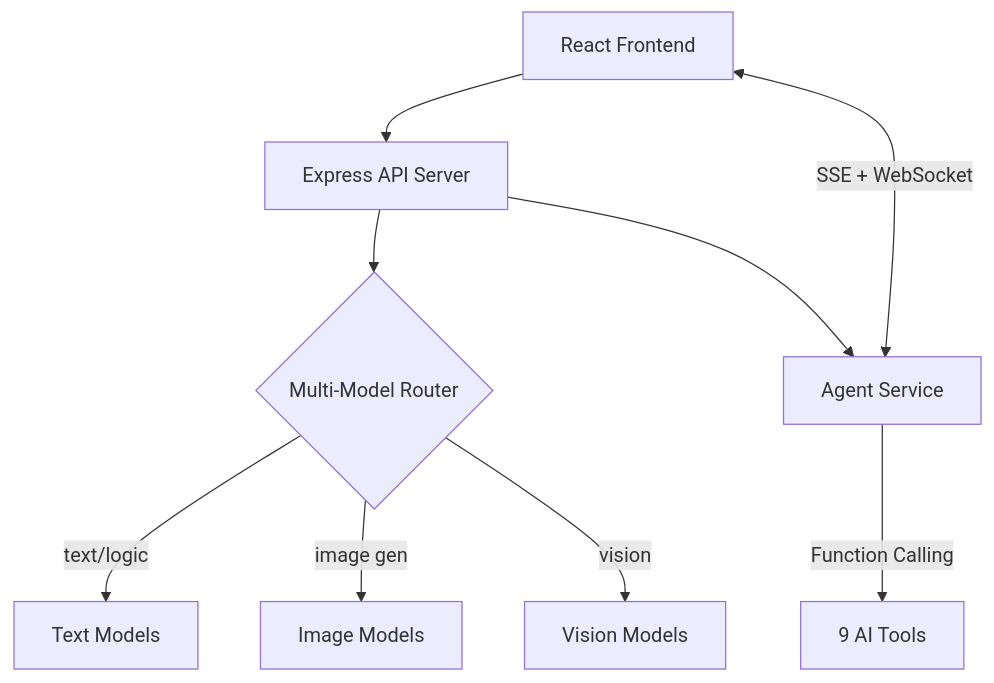
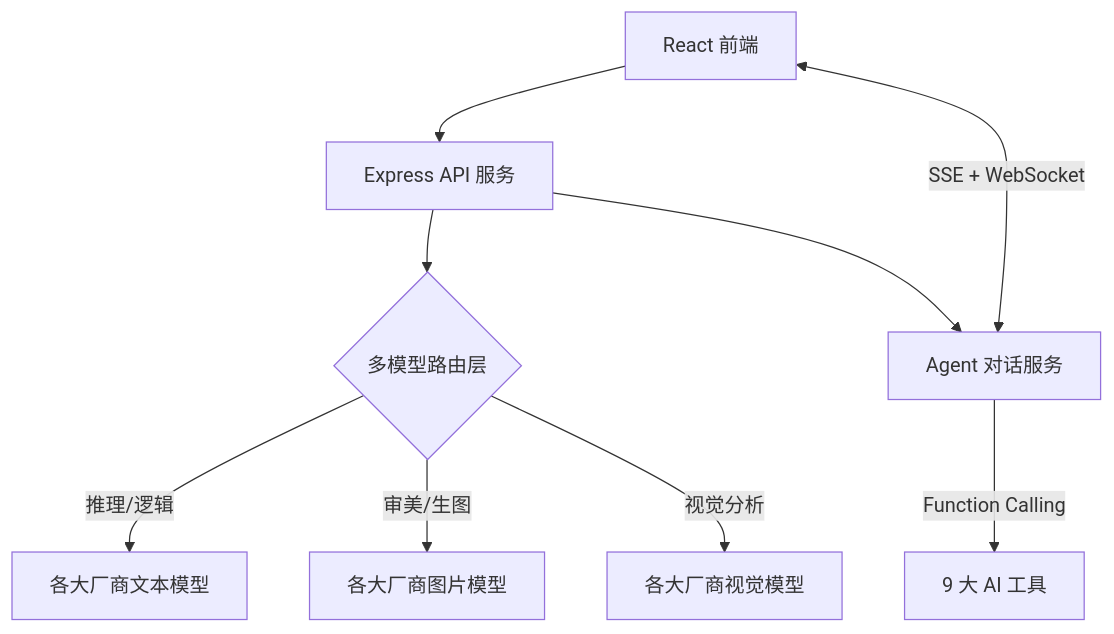
One commit to 466852675/BananaSlides-GenAI changed the diagram in README.md. Above: the diagram before and after it, drawn with Mermaid. The commit also changed other lines of this file and 2 other files, not shown here.

````diff
--- a/README.md
+++ b/README.md
@@ -178,11 +178,11 @@
 ```mermaid
 graph TD
-    UI[React Frontend] --> API[Express API Server]
-    API --> Router{Multi-Model Router}
-    Router -- text/logic --> Text[Text Models]
-    Router -- image gen --> Image[Image Models]
-    Router -- vision --> Vision[Vision Models]
-    API --> Agent[Agent Service]
-    Agent -->|Function Calling| Tools[9 AI Tools]
+    UI[React 前端] --> API[Express API 服务]
+    API --> Router{多模型路由层}
+    Router -- 推理/逻辑 --> Text[各大厂商文本模型]
+    Router -- 审美/生图 --> Image[各大厂商图片模型]
+    Router -- 视觉分析 --> Vision[各大厂商视觉模型]
+    API --> Agent[Agent 对话服务]
+    Agent -->|Function Calling| Tools[9 大 AI 工具]
     UI <-->|SSE + WebSocket| Agent
 ```
````
